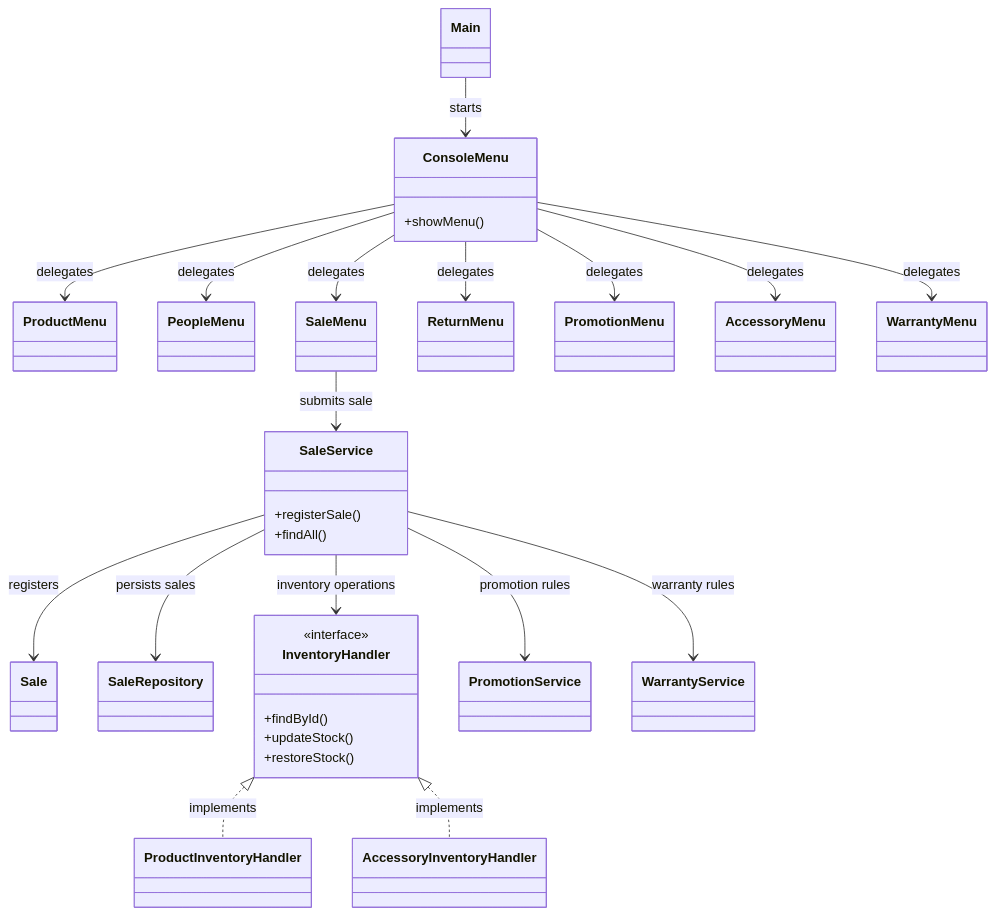
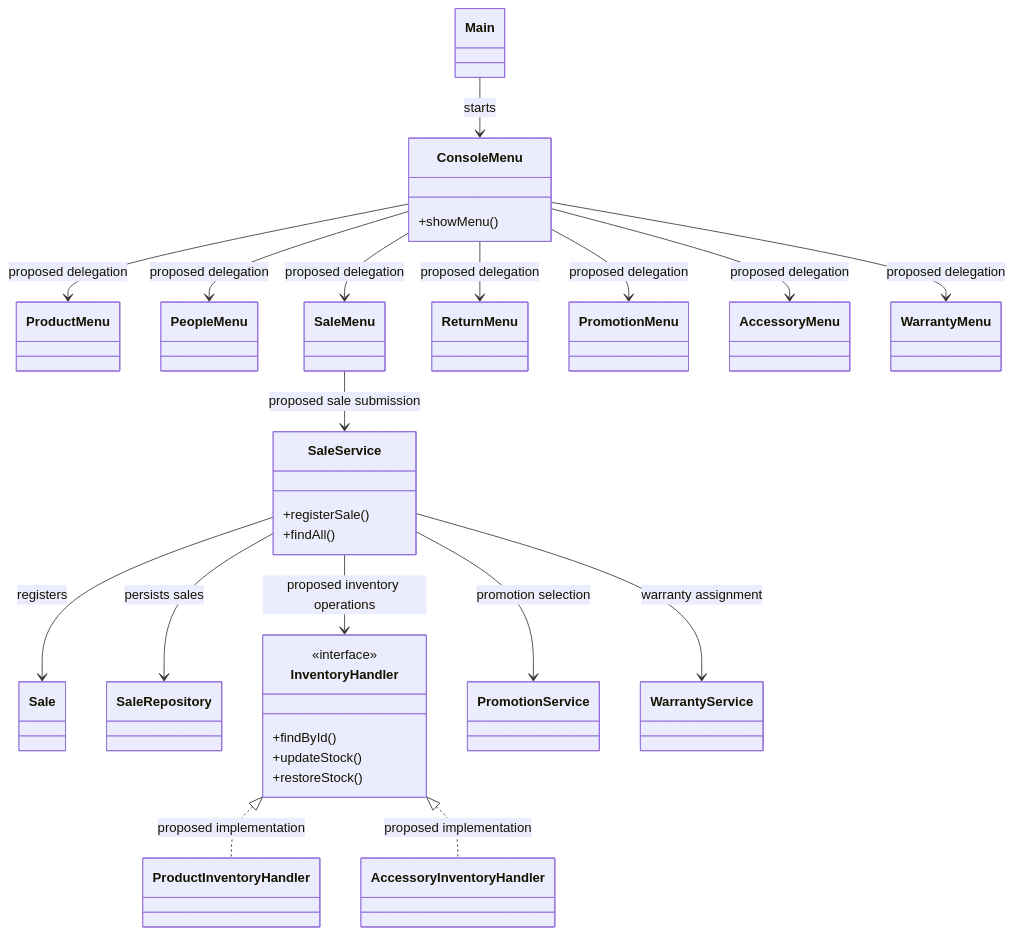
One commit to Itaborda/GameZoneUnicesar changed the second of 2 diagrams in docs/grasp-class-diagram.md. Above: the diagram before and after it, drawn with Mermaid. The commit also changed other lines of this file and 3 other files, not shown here.

````diff
--- a/docs/grasp-class-diagram.md
+++ b/docs/grasp-class-diagram.md
@@ -72,50 +76,50 @@
 ```mermaid
 classDiagram
     class Main
     class ConsoleMenu {
         +showMenu()
     }
     class ProductMenu
     class PeopleMenu
     class SaleMenu
     class ReturnMenu
     class PromotionMenu
     class AccessoryMenu
     class WarrantyMenu
 
     class SaleService {
         +registerSale()
         +findAll()
     }
     class Sale
     class SaleRepository
 
     class InventoryHandler {
         <<interface>>
         +findById()
         +updateStock()
         +restoreStock()
     }
     class ProductInventoryHandler
     class AccessoryInventoryHandler
     class PromotionService
     class WarrantyService
 
     Main --> ConsoleMenu : starts
-    ConsoleMenu --> ProductMenu : delegates
-    ConsoleMenu --> PeopleMenu : delegates
-    ConsoleMenu --> SaleMenu : delegates
-    ConsoleMenu --> ReturnMenu : delegates
-    ConsoleMenu --> PromotionMenu : delegates
-    ConsoleMenu --> AccessoryMenu : delegates
-    ConsoleMenu --> WarrantyMenu : delegates
+    ConsoleMenu --> ProductMenu : proposed delegation
+    ConsoleMenu --> PeopleMenu : proposed delegation
+    ConsoleMenu --> SaleMenu : proposed delegation
+    ConsoleMenu --> ReturnMenu : proposed delegation
+    ConsoleMenu --> PromotionMenu : proposed delegation
+    ConsoleMenu --> AccessoryMenu : proposed delegation
+    ConsoleMenu --> WarrantyMenu : proposed delegation
 
-    SaleMenu --> SaleService : submits sale
+    SaleMenu --> SaleService : proposed sale submission
     SaleService --> SaleRepository : persists sales
-    SaleService --> InventoryHandler : inventory operations
-    InventoryHandler <|.. ProductInventoryHandler : implements
-    InventoryHandler <|.. AccessoryInventoryHandler : implements
-    SaleService --> PromotionService : promotion rules
-    SaleService --> WarrantyService : warranty rules
+    SaleService --> InventoryHandler : proposed inventory operations
+    InventoryHandler <|.. ProductInventoryHandler : proposed implementation
+    InventoryHandler <|.. AccessoryInventoryHandler : proposed implementation
+    SaleService --> PromotionService : promotion selection
+    SaleService --> WarrantyService : warranty assignment
     SaleService --> Sale : registers
 ```
````
